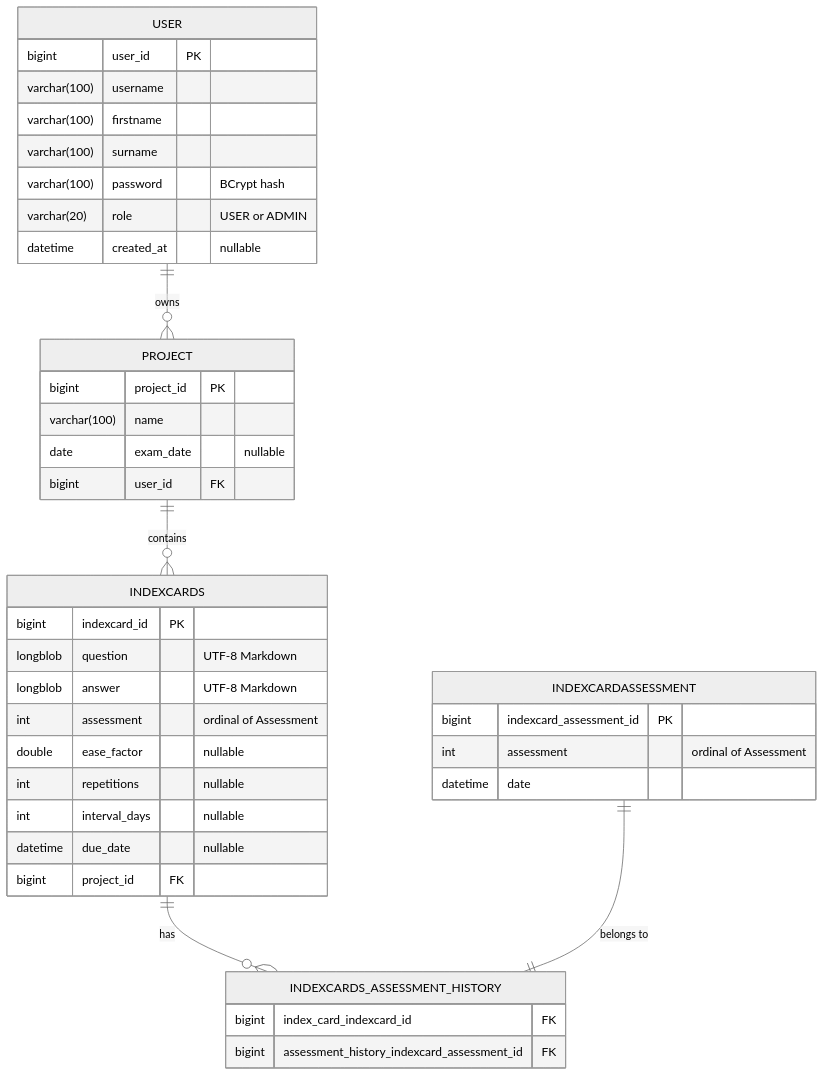
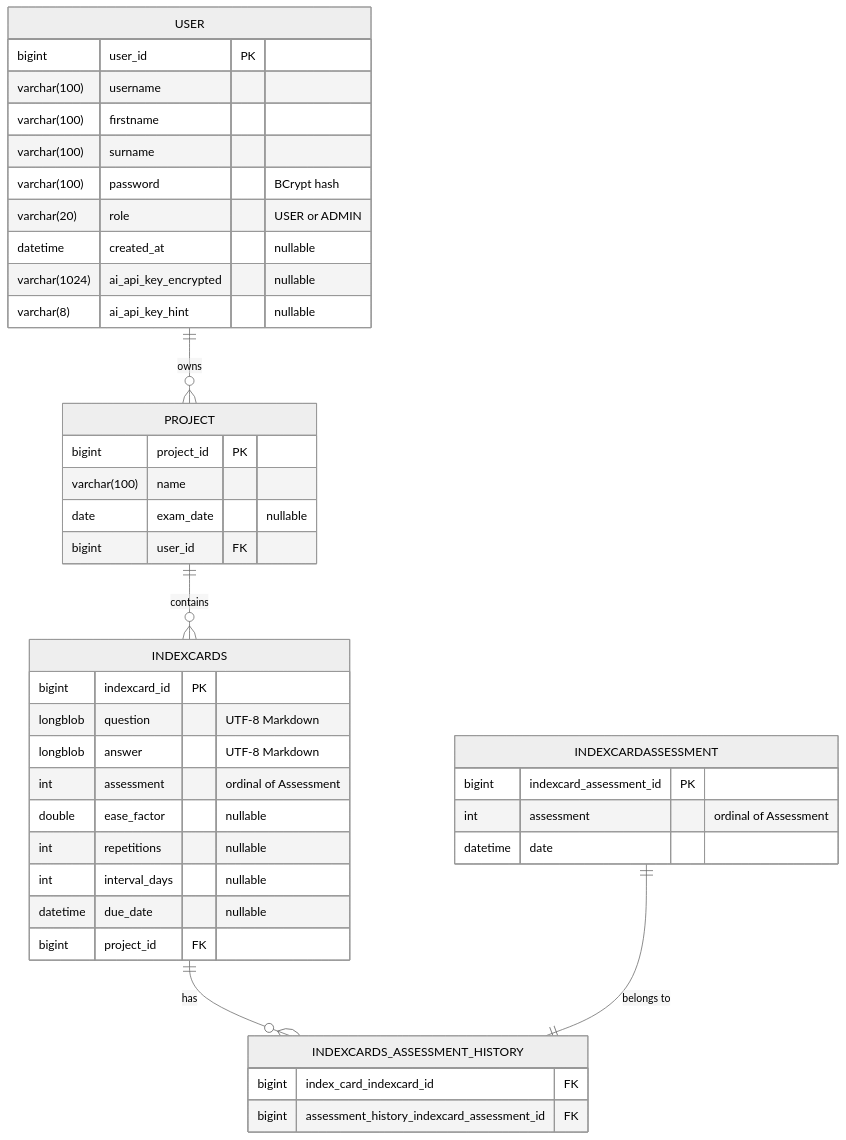
The diagram in indexcards-docu/docs/database.md (7ubi/indexcards), drawn with Mermaid (neutral theme) before and after one commit. The commit also changed other lines of this file and 70 other files, not shown here.

````diff
--- a/indexcards-docu/docs/database.md
+++ b/indexcards-docu/docs/database.md
@@ -7,43 +7,45 @@
 ```mermaid
 erDiagram
     USER ||--o{ PROJECT : owns
     PROJECT ||--o{ INDEXCARDS : contains
     INDEXCARDS ||--o{ INDEXCARDS_ASSESSMENT_HISTORY : has
     INDEXCARDASSESSMENT ||--|| INDEXCARDS_ASSESSMENT_HISTORY : "belongs to"
 
     USER {
         bigint user_id PK
         varchar(100) username
         varchar(100) firstname
         varchar(100) surname
         varchar(100) password "BCrypt hash"
         varchar(20) role "USER or ADMIN"
         datetime created_at "nullable"
+        varchar(1024) ai_api_key_encrypted "nullable"
+        varchar(8) ai_api_key_hint "nullable"
     }
     PROJECT {
         bigint project_id PK
         varchar(100) name
         date exam_date "nullable"
         bigint user_id FK
     }
     INDEXCARDS {
         bigint indexcard_id PK
         longblob question "UTF-8 Markdown"
         longblob answer "UTF-8 Markdown"
         int assessment "ordinal of Assessment"
         double ease_factor "nullable"
         int repetitions "nullable"
         int interval_days "nullable"
         datetime due_date "nullable"
         bigint project_id FK
     }
     INDEXCARDASSESSMENT {
         bigint indexcard_assessment_id PK
         int assessment "ordinal of Assessment"
         datetime date
     }
     INDEXCARDS_ASSESSMENT_HISTORY {
         bigint index_card_indexcard_id FK
         bigint assessment_history_indexcard_assessment_id FK
     }
 ```
````
